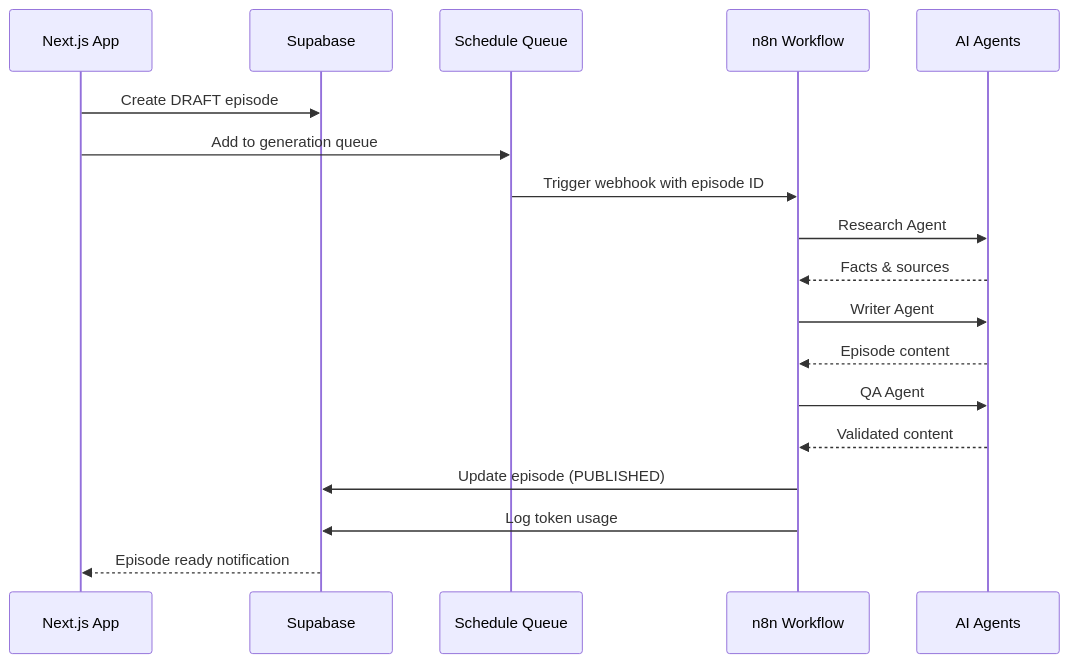
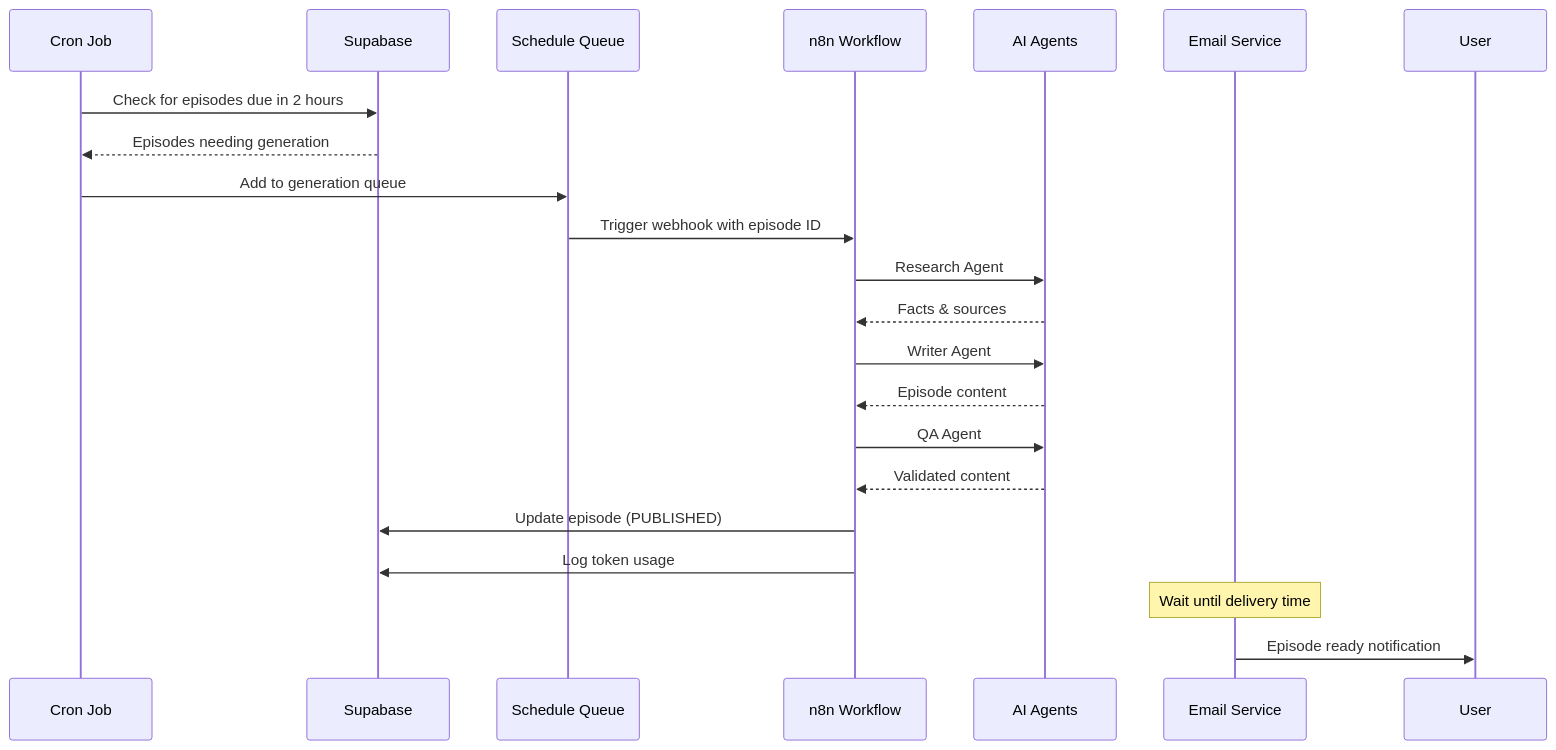
The diagram in docs/02 Areas/Product-Specification/database-implementation/implementation-plan.md (tiernaugh/MF252), drawn with Mermaid before and after one commit. The commit also changed other lines of this file and 3 other files, not shown here.

````diff
--- a/docs/02 Areas/Product-Specification/database-implementation/implementation-plan.md
+++ b/docs/02 Areas/Product-Specification/database-implementation/implementation-plan.md
@@ -93,21 +126,24 @@
 ```mermaid
 sequenceDiagram
-    participant UI as Next.js App
+    participant Cron as Cron Job
     participant DB as Supabase
     participant Queue as Schedule Queue
     participant n8n as n8n Workflow
     participant AI as AI Agents
+    participant Email as Email Service
 
-    UI->>DB: Create DRAFT episode
-    UI->>Queue: Add to generation queue
+    Cron->>DB: Check for episodes due in 2 hours
+    DB-->>Cron: Episodes needing generation
+    Cron->>Queue: Add to generation queue
     Queue->>n8n: Trigger webhook with episode ID
     n8n->>AI: Research Agent
     AI-->>n8n: Facts & sources
     n8n->>AI: Writer Agent
     AI-->>n8n: Episode content
     n8n->>AI: QA Agent
     AI-->>n8n: Validated content
     n8n->>DB: Update episode (PUBLISHED)
     n8n->>DB: Log token usage
-    DB-->>UI: Episode ready notification
+    Note over Email: Wait until delivery time
+    Email->>User: Episode ready notification
 ```
````
